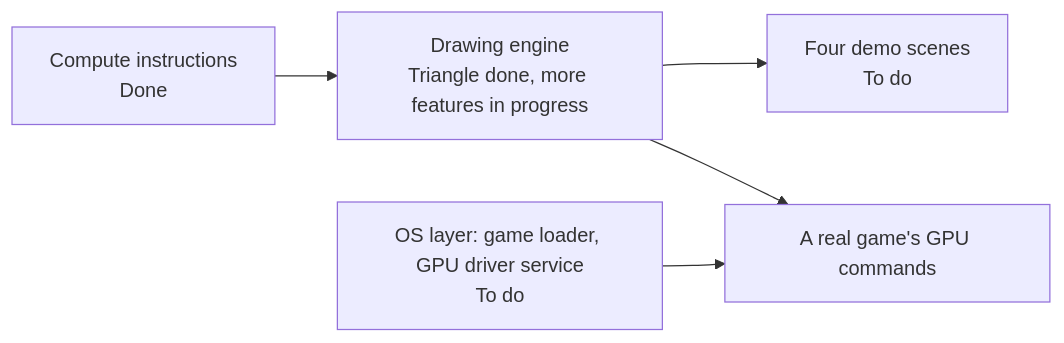
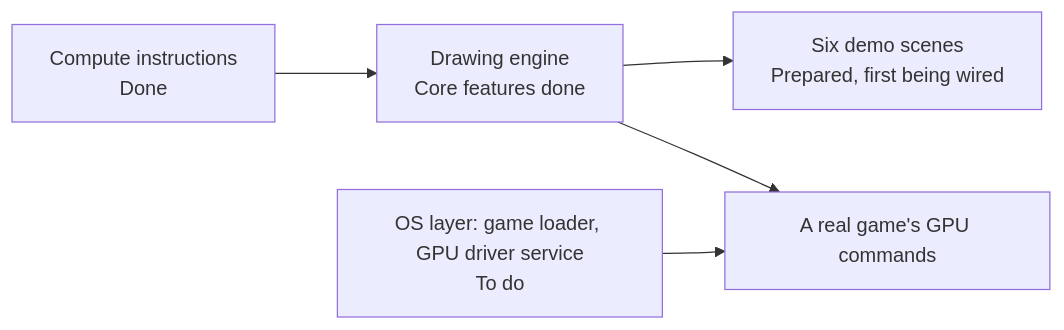
One commit to 0xNikilite/oboromi changed the diagram in docs/architecture/roadmap.md. Above: the diagram before and after it, drawn with Mermaid. The commit also changed other lines of this file and 9 other files, not shown here.

````diff
--- a/docs/architecture/roadmap.md
+++ b/docs/architecture/roadmap.md
@@ -7,7 +7,7 @@
 ```mermaid
 flowchart LR
-    A["Compute instructions<br/>Done"] --> B["Drawing engine<br/>Triangle done, more features in progress"]
-    B --> C["Four demo scenes<br/>To do"]
+    A["Compute instructions<br/>Done"] --> B["Drawing engine<br/>Core features done"]
+    B --> C["Six demo scenes<br/>Prepared, first being wired"]
     D["OS layer: game loader, GPU driver service<br/>To do"] --> E["A real game's GPU commands"]
     B --> E
 ```
````
